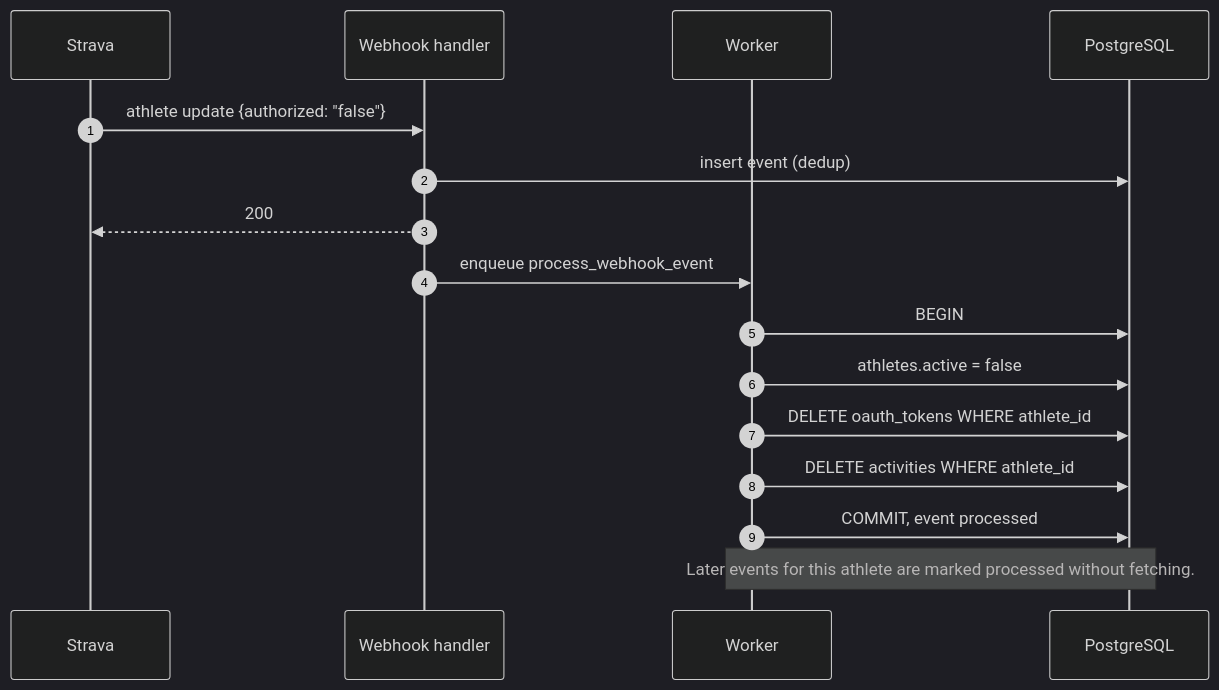
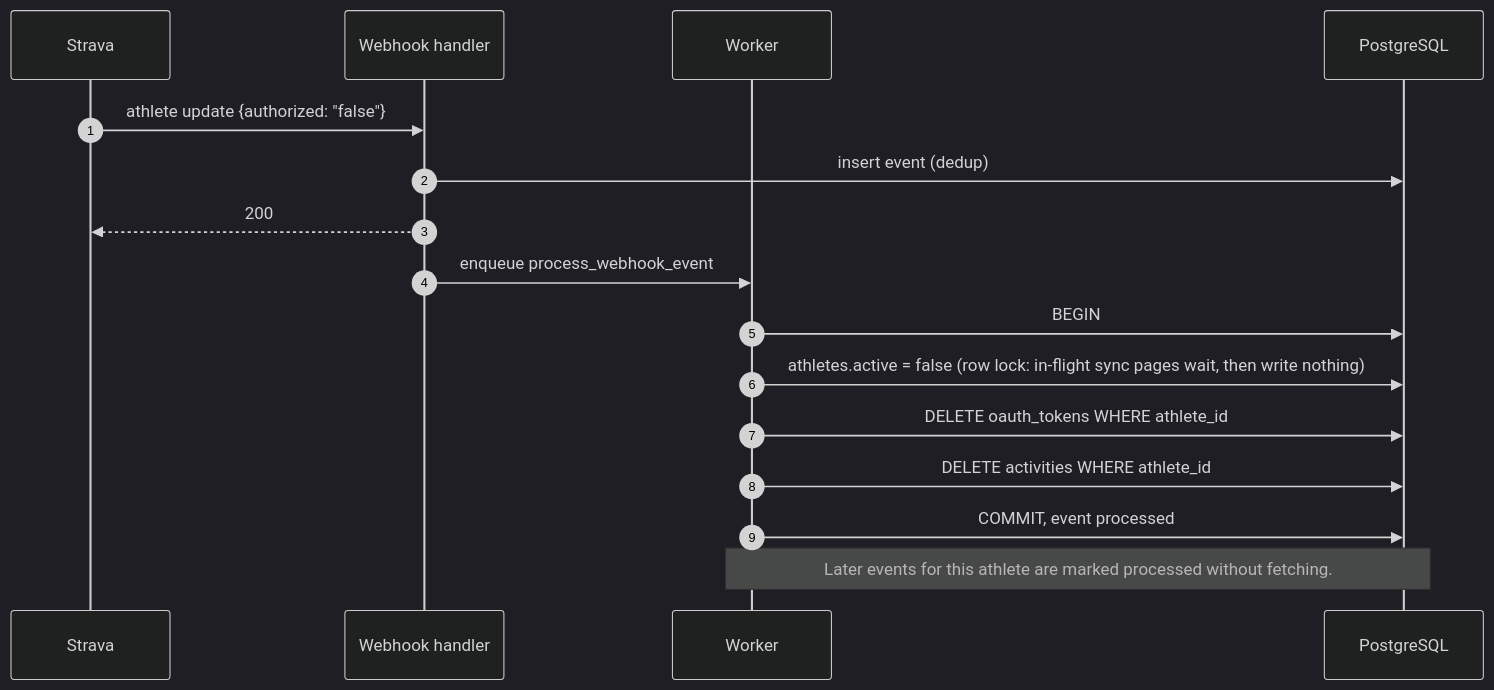
One commit to umutaydins/trainsync changed the tenth of 14 diagrams in docs/diagrams.md. Above: the diagram before and after it, drawn with Mermaid (dark theme). The commit also changed other lines of this file and 13 other files, not shown here.

````diff
--- a/docs/diagrams.md
+++ b/docs/diagrams.md
@@ -497,19 +506,19 @@
 ```mermaid
 sequenceDiagram
     autonumber
     participant S as Strava
     participant API as Webhook handler
     participant W as Worker
     participant DB as PostgreSQL
 
     S->>API: athlete update {authorized: "false"}
     API->>DB: insert event (dedup)
     API-->>S: 200
     API->>W: enqueue process_webhook_event
     W->>DB: BEGIN
-    W->>DB: athletes.active = false
+    W->>DB: athletes.active = false (row lock: in-flight sync pages wait, then write nothing)
     W->>DB: DELETE oauth_tokens WHERE athlete_id
     W->>DB: DELETE activities WHERE athlete_id
     W->>DB: COMMIT, event processed
     Note over W,DB: Later events for this athlete are marked processed without fetching.
 ```
````
